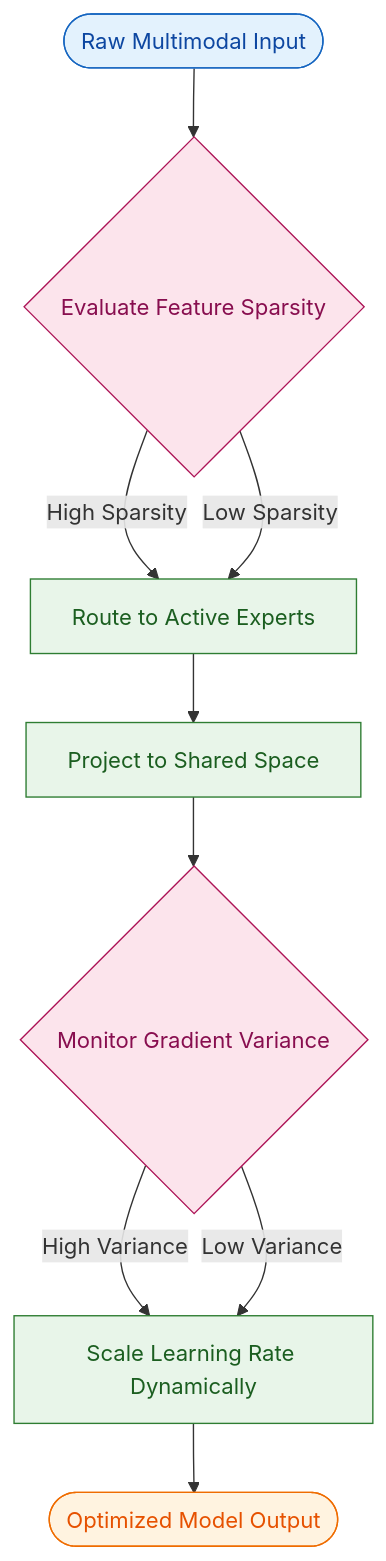
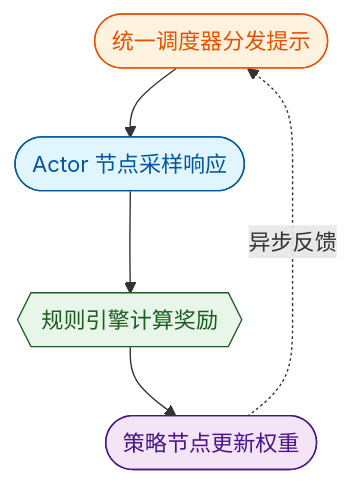
Before and after one commit to ShinewineW/paper-rolling: the second of 10 diagrams in person_vault/2026-06-08_CosmosReason1_2503.15558/report.md, drawn with Mermaid. The commit also changed other lines of this file and 51 other files, not shown here.

````diff
--- a/person_vault/2026-06-08_CosmosReason1_2503.15558/report.md
+++ b/person_vault/2026-06-08_CosmosReason1_2503.15558/report.md
@@ -126,24 +113,17 @@
 ```mermaid
-flowchart TB
-  classDef data fill:#e3f2fd,color:#0d47a1,stroke:#1565c0
-  classDef decision fill:#fce4ec,color:#880e4f,stroke:#ad1457
-  classDef process fill:#e8f5e9,color:#1b5e20,stroke:#2e7d32
-  classDef output fill:#fff3e0,color:#e65100,stroke:#ef6c00
+flowchart TD
+  classDef dispatch fill:#fff3e0,stroke:#e65100,color:#e65100
+  classDef actor fill:#e1f5fe,stroke:#01579b,color:#01579b
+  classDef reward fill:#e8f5e9,stroke:#1b5e20,color:#1b5e20
+  classDef policy fill:#f3e5f5,stroke:#4a148c,color:#4a148c
 
-  raw_input(["Raw Multimodal Input"]):::data
-  sparsity_gate{Evaluate Feature Sparsity}:::decision
-  expert_router["Route to Active Experts"]:::process
-  latent_align["Project to Shared Space"]:::process
-  grad_monitor{Monitor Gradient Variance}:::decision
-  lr_scaler["Scale Learning Rate Dynamically"]:::process
-  final_output(["Optimized Model Output"]):::output
+  disp_node(["统一调度器分发提示"]):::dispatch
+  actor_node(["Actor 节点采样响应"]):::actor
+  reward_node{{规则引擎计算奖励}}:::reward
+  policy_node(["策略节点更新权重"]):::policy
 
-  raw_input --> sparsity_gate
-  sparsity_gate -->|High Sparsity| expert_router
-  sparsity_gate -->|Low Sparsity| expert_router
-  expert_router --> latent_align
-  latent_align --> grad_monitor
-  grad_monitor -->|High Variance| lr_scaler
-  grad_monitor -->|Low Variance| lr_scaler
-  lr_scaler --> final_output
+  disp_node --> actor_node
+  actor_node --> reward_node
+  reward_node --> policy_node
+  policy_node -. 异步反馈 .-> disp_node
 ```
````
